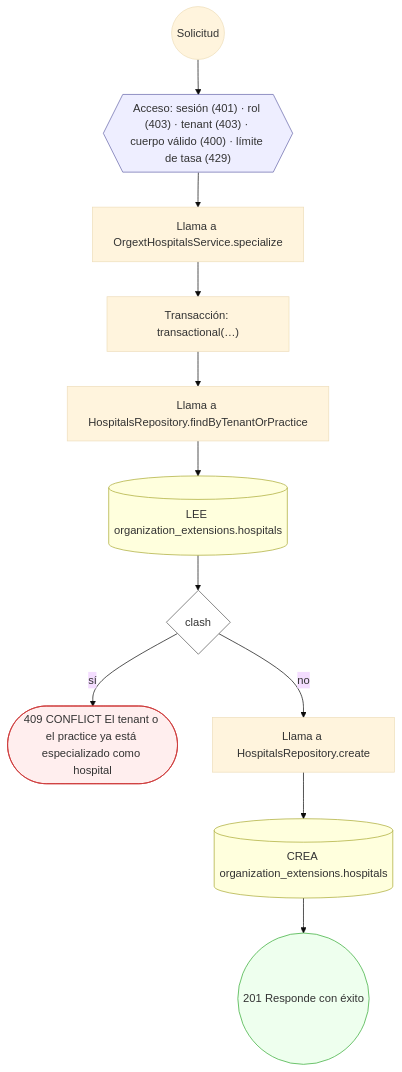
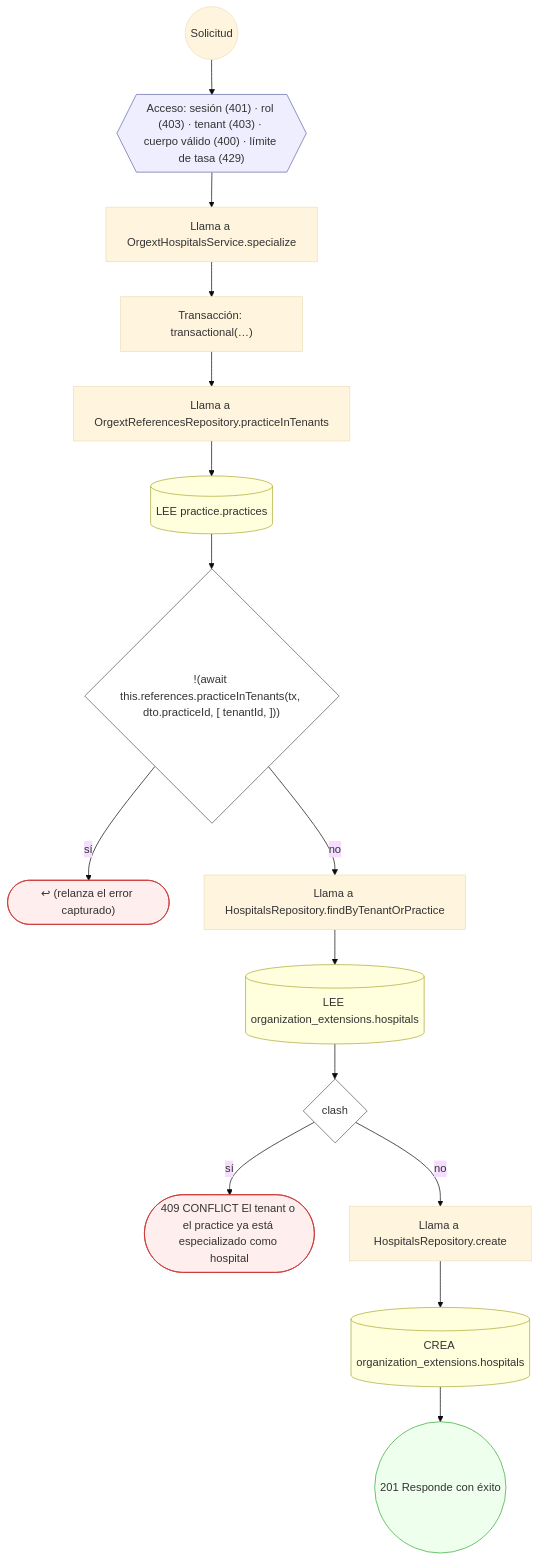
One commit to mdavila-2001/mantra-core-health-api changed the seventh of 10 diagrams in docs/inventario/flujos/organization_extensions.md. Above: the diagram before and after it, drawn with Mermaid (base theme). The commit also changed other lines of this file and 438 other files, not shown here.

````diff
--- a/docs/inventario/flujos/organization_extensions.md
+++ b/docs/inventario/flujos/organization_extensions.md
@@ -366,30 +429,38 @@
 ```mermaid
 flowchart TD
   n1(("Solicitud")):::inicio
   n2{{"Acceso: sesión (401) · rol (403) · tenant (403) · cuerpo válido (400) · límite de tasa (429)"}}:::acceso
   n1 --> n2
   n3["Llama a OrgextHospitalsService.specialize"]:::llamada
   n2 --> n3
   n4["Transacción: transactional(…)"]:::transaccion
   n3 --> n4
-  n5["Llama a HospitalsRepository.findByTenantOrPractice"]:::llamada
+  n5["Llama a OrgextReferencesRepository.practiceInTenants"]:::llamada
   n4 --> n5
-  n6[("LEE organization_extensions.hospitals")]:::efecto
+  n6[("LEE practice.practices")]:::efecto
   n5 --> n6
-  n7{"clash"}:::decision
+  n7{"!(await this.references.practiceInTenants(tx, dto.practiceId, [ tenantId, ]))"}:::decision
   n6 --> n7
-  n8(["409 CONFLICT El tenant o el practice ya está especializado como hospital"]):::error
+  n8(["↩ (relanza el error capturado)"]):::error
   n7 -->|"sí"| n8
-  n9["Llama a HospitalsRepository.create"]:::llamada
+  n9["Llama a HospitalsRepository.findByTenantOrPractice"]:::llamada
   n7 -->|"no"| n9
-  n10[("CREA organization_extensions.hospitals")]:::efecto
+  n10[("LEE organization_extensions.hospitals")]:::efecto
   n9 --> n10
-  n11(("201 Responde con éxito")):::ok
+  n11{"clash"}:::decision
   n10 --> n11
+  n12(["409 CONFLICT El tenant o el practice ya está especializado como hospital"]):::error
+  n11 -->|"sí"| n12
+  n13["Llama a HospitalsRepository.create"]:::llamada
+  n11 -->|"no"| n13
+  n14[("CREA organization_extensions.hospitals")]:::efecto
+  n13 --> n14
+  n15(("201 Responde con éxito")):::ok
+  n14 --> n15
   classDef acceso fill:#eef,stroke:#66a
   classDef error fill:#fee,stroke:#c33
   classDef ok fill:#efe,stroke:#3a3
   classDef efecto fill:#ffd,stroke:#aa3
   classDef decision fill:#fff,stroke:#555
   classDef corte fill:#eee,stroke:#999,stroke-dasharray: 4
 ```
````
